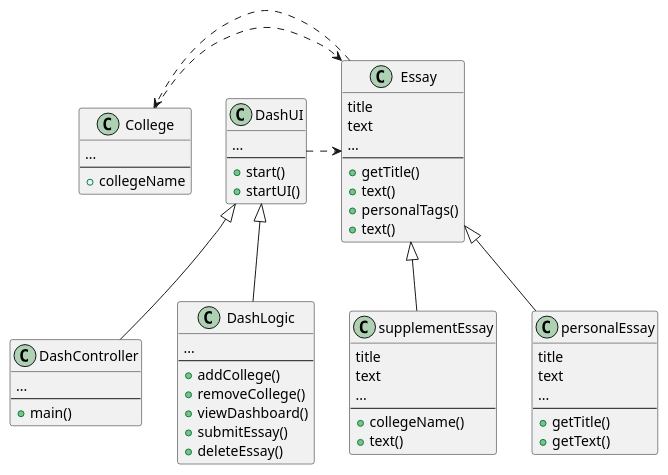
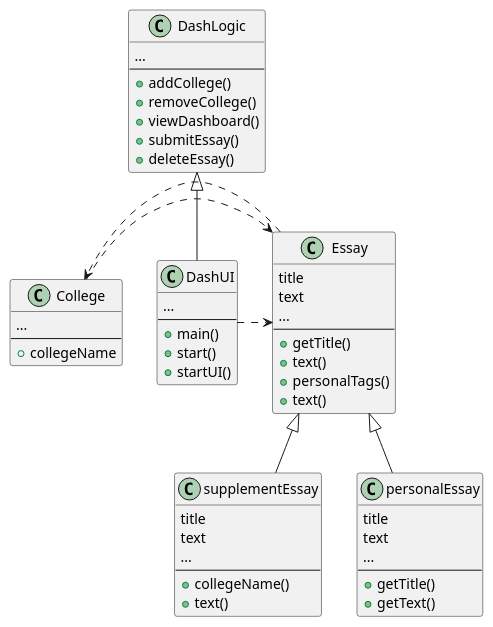
The third of 3 diagrams in intellij/doc/design.md (jlederer33/Essay-Review-App), drawn with PlantUML before and after one commit. The commit also changed other lines of this file, not shown here.

Commit message:
Edited the diagrams.Replaced DashController with DashLogic.

````diff
--- a/intellij/doc/design.md
+++ b/intellij/doc/design.md
@@ -99,67 +31,63 @@
 ```plantuml
 
 class Essay{
 title
 text
 ...
 --
 +getTitle()
 +text()
 +personalTags()
 +text()
 }
 
 class supplementEssay{
 title
 text
 ...
 --
 +collegeName()
 +text()
 }
 
 class personalEssay{
 title
 text
 ...
 --
 +getTitle()
 +getText()
 }
 Essay <|--  supplementEssay
 Essay <|-- personalEssay
 
-class DashController{
-...
---
-+main()
-}
+
 
 class DashLogic{
 ...
 --
 +addCollege()
 +removeCollege()
 +viewDashboard()
 +submitEssay()
 +deleteEssay()
 }
 class College{
 ...
 --
 +collegeName
 }
 class DashUI{
 ...
 --
++main()
 +start()
 +startUI()
 }
-DashUI <|--  DashController
-DashUI <|-- DashLogic
+DashLogic <|-- DashUI
 College .> Essay
 Essay .> College
 DashUI .> Essay
 
 
 ```
````
